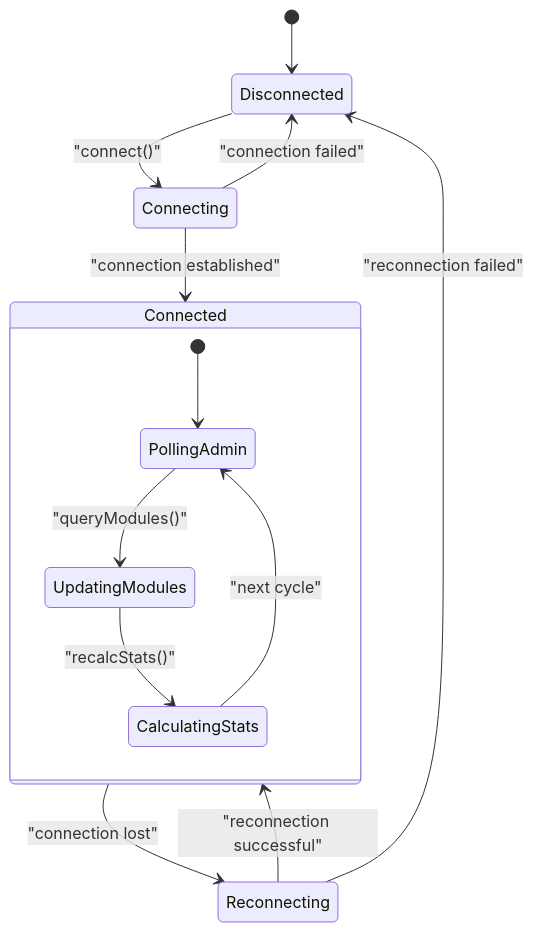
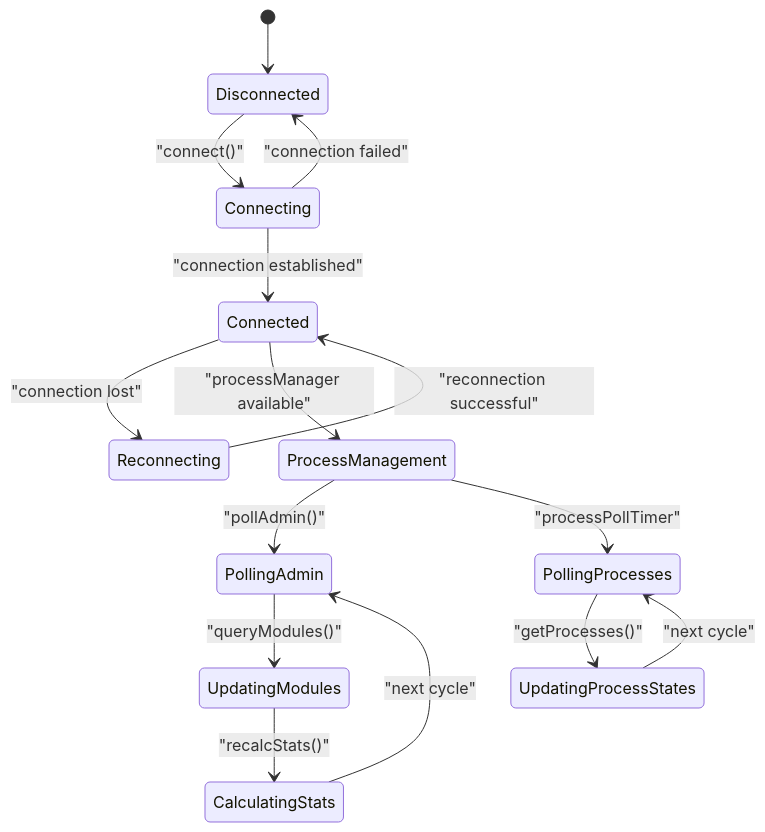
Before and after one commit to zt281/TycheEngine: the fifth of 10 diagrams in .qoder/repowiki/en/content/Advanced Features/Terminal User Interface Dashboard.md, drawn with Mermaid. The commit also changed other lines of this file and 33 other files, not shown here.

````diff
--- a/.qoder/repowiki/en/content/Advanced Features/Terminal User Interface Dashboard.md
+++ b/.qoder/repowiki/en/content/Advanced Features/Terminal User Interface Dashboard.md
@@ -268,16 +351,17 @@
 ```mermaid
 stateDiagram-v2
 [*] --> Disconnected
 Disconnected --> Connecting : "connect()"
 Connecting --> Connected : "connection established"
 Connecting --> Disconnected : "connection failed"
 Connected --> Reconnecting : "connection lost"
 Reconnecting --> Connected : "reconnection successful"
-Reconnecting --> Disconnected : "reconnection failed"
-state Connected {
-[*] --> PollingAdmin
+Connected --> ProcessManagement : "processManager available"
+ProcessManagement --> PollingAdmin : "pollAdmin()"
 PollingAdmin --> UpdatingModules : "queryModules()"
 UpdatingModules --> CalculatingStats : "recalcStats()"
 CalculatingStats --> PollingAdmin : "next cycle"
-}
+ProcessManagement --> PollingProcesses : "processPollTimer"
+PollingProcesses --> UpdatingProcessStates : "getProcesses()"
+UpdatingProcessStates --> PollingProcesses : "next cycle"
 ```
````
